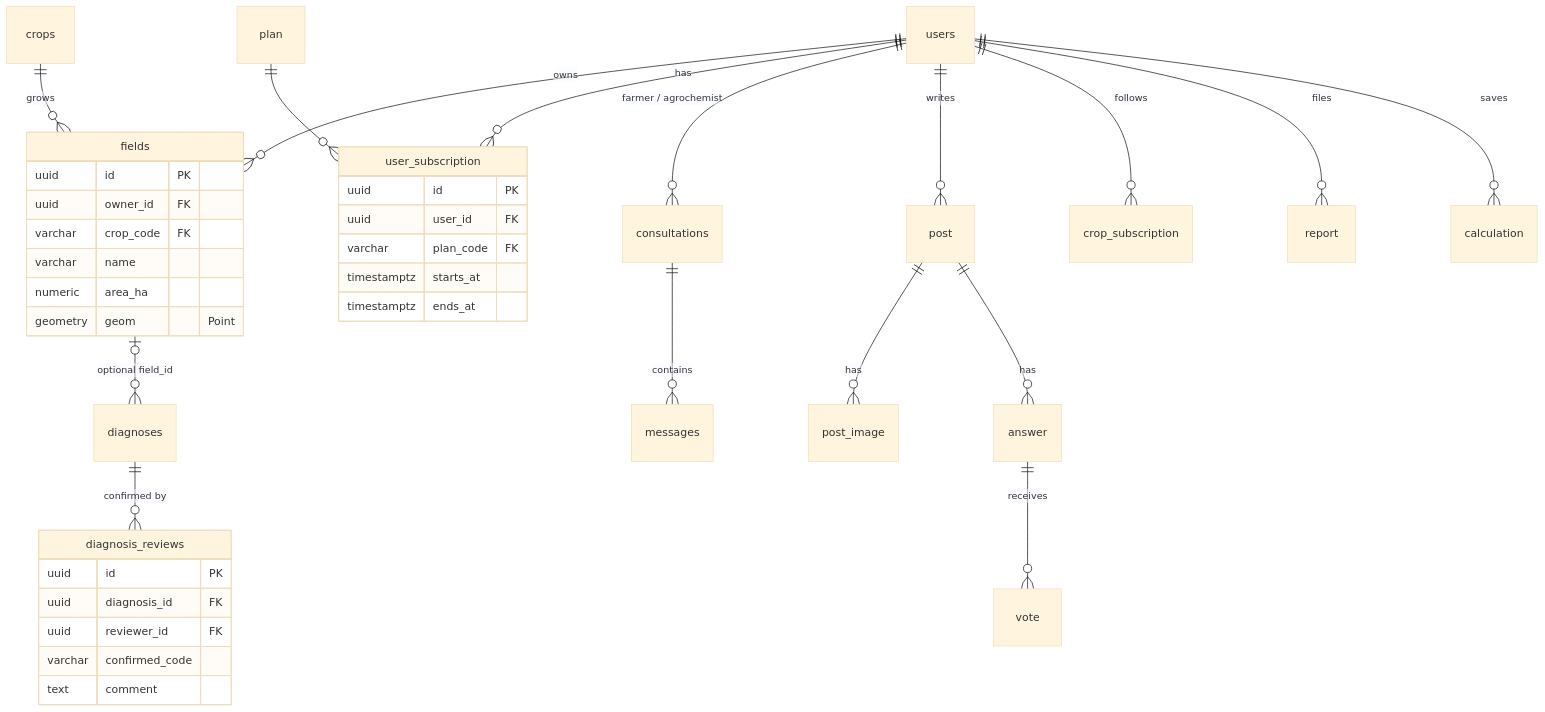
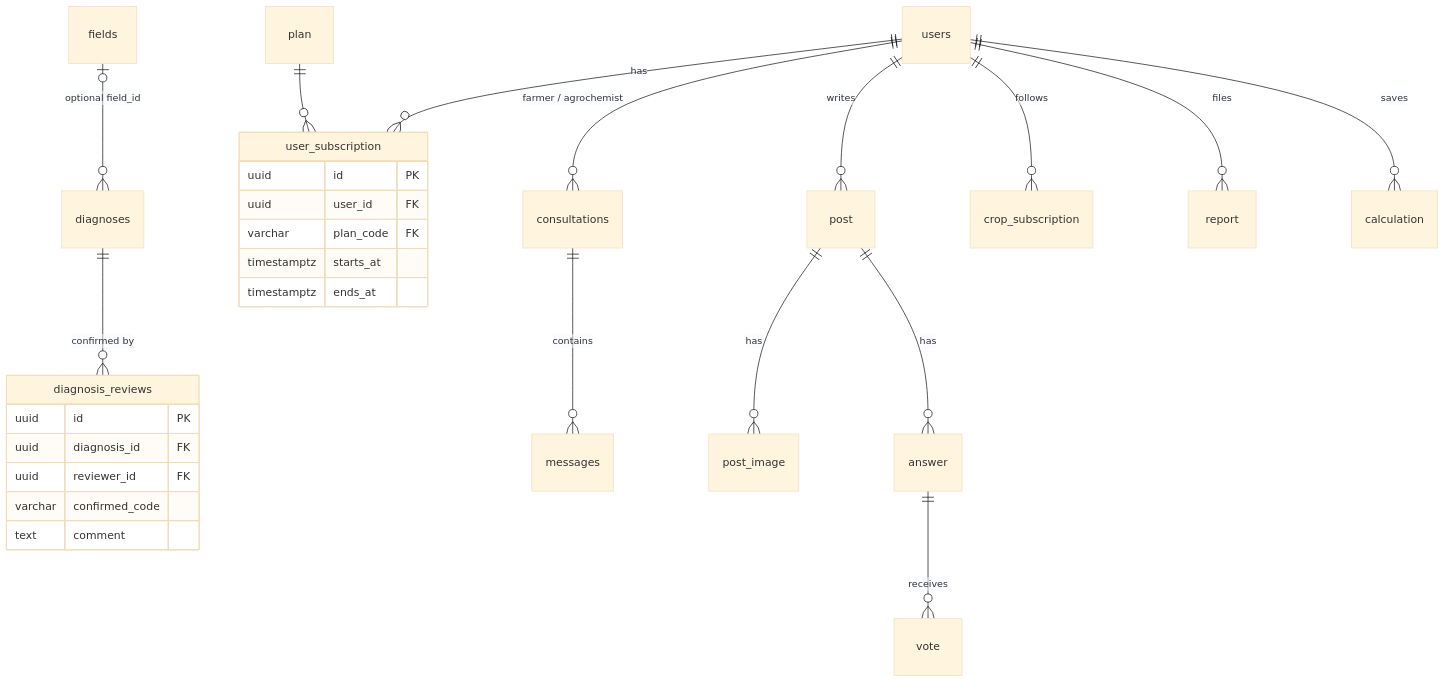
Before and after one commit to nurbolatdev/agroadvisor-kz: the second of 2 diagrams in docs/diagrams/database-er.md, drawn with Mermaid (base theme). The commit also changed other lines of this file, not shown here.

Commit message:
docs(backend): describe fields table and region rules

````diff
--- a/docs/diagrams/database-er.md
+++ b/docs/diagrams/database-er.md
@@ -212,41 +233,31 @@
 ```mermaid
 erDiagram
-    users ||--o{ fields : owns
-    crops ||--o{ fields : grows
     fields |o--o{ diagnoses : "optional field_id"
     diagnoses ||--o{ diagnosis_reviews : "confirmed by"
     users ||--o{ user_subscription : has
     plan ||--o{ user_subscription : ""
     users ||--o{ consultations : "farmer / agrochemist"
     consultations ||--o{ messages : contains
     users ||--o{ post : writes
     post ||--o{ post_image : has
     post ||--o{ answer : has
     answer ||--o{ vote : receives
     users ||--o{ crop_subscription : follows
     users ||--o{ report : files
     users ||--o{ calculation : saves
 
-    fields {
-        uuid id PK
-        uuid owner_id FK
-        varchar crop_code FK
-        varchar name
-        numeric area_ha
-        geometry geom "Point"
-    }
     diagnosis_reviews {
         uuid id PK
         uuid diagnosis_id FK
         uuid reviewer_id FK
         varchar confirmed_code
         text comment
     }
     user_subscription {
         uuid id PK
         uuid user_id FK
         varchar plan_code FK
         timestamptz starts_at
         timestamptz ends_at
     }
 ```
````
